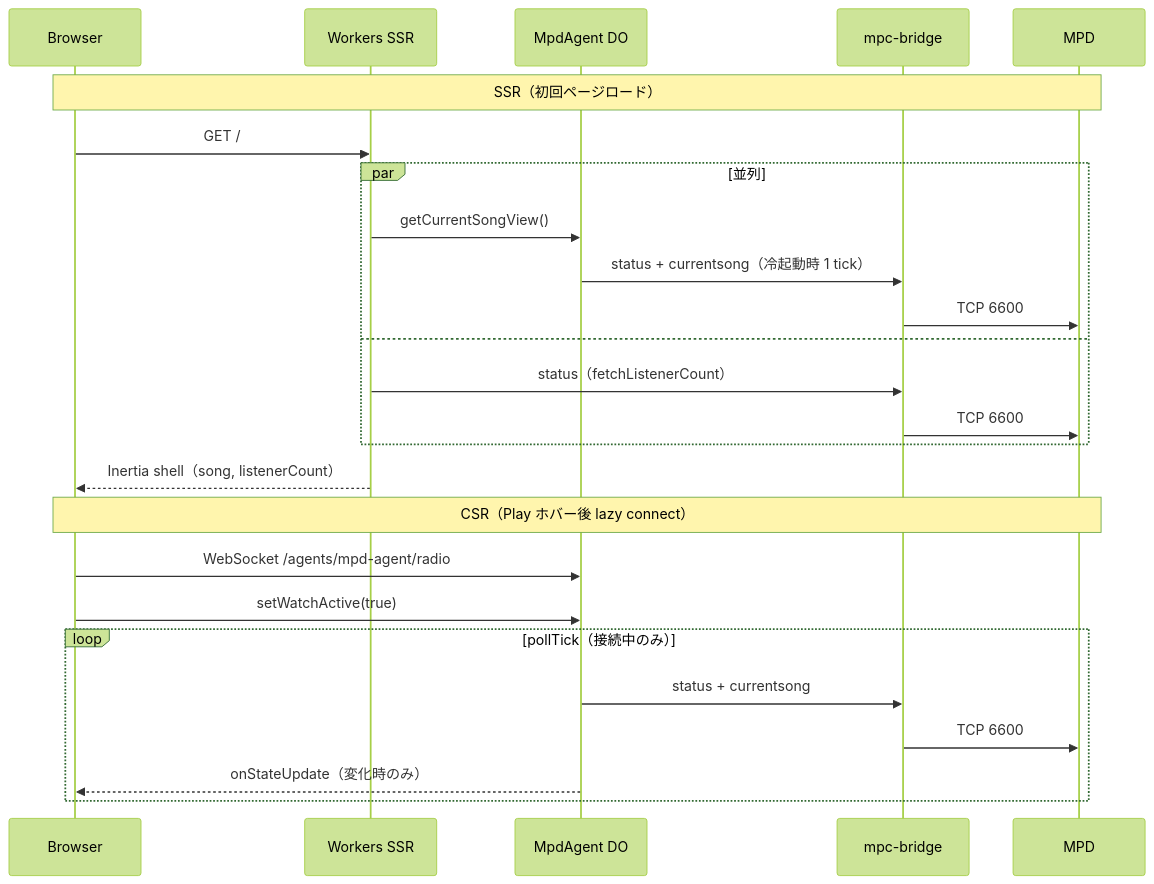
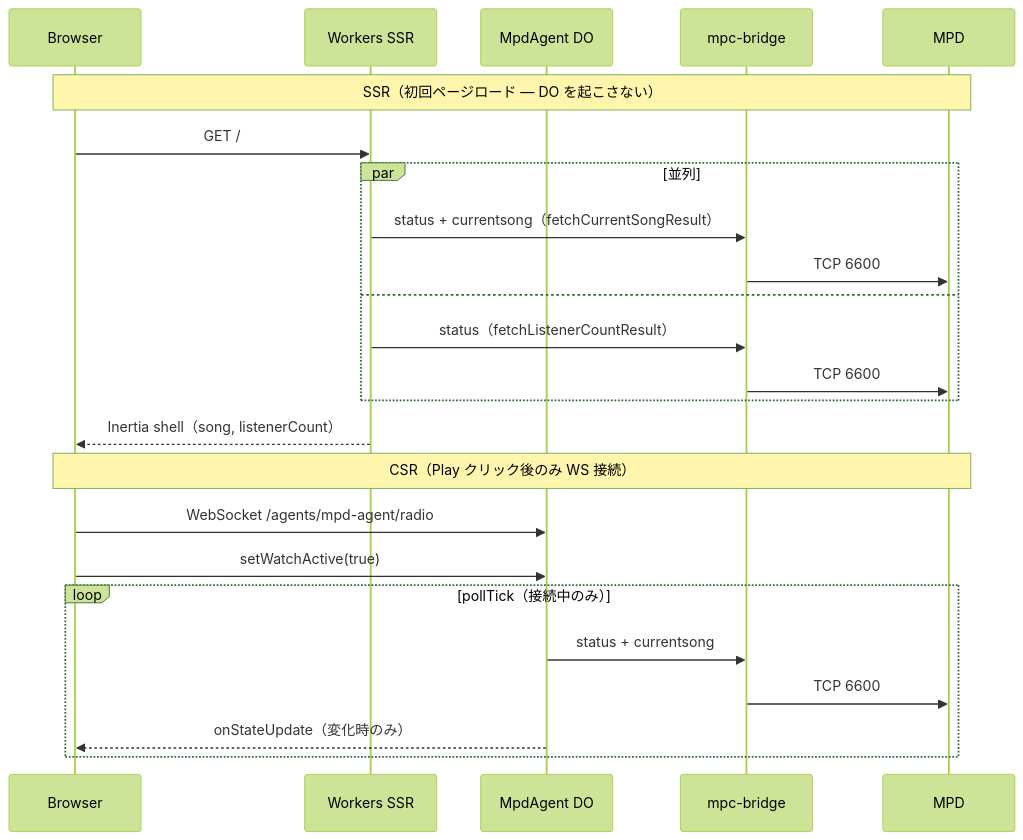
Before and after one commit to budybye/radio: the seventh of 8 diagrams in docs/diagrams.md, drawn with Mermaid (forest theme). The commit also changed 15 other files, not shown here.

````diff
--- a/docs/diagrams.md
+++ b/docs/diagrams.md
@@ -210,29 +210,28 @@
 ```mermaid
 sequenceDiagram
   participant Browser
   participant Worker as Workers SSR
   participant DO as MpdAgent DO
   participant Bridge as mpc-bridge
   participant MPD
 
-  Note over Browser,MPD: SSR（初回ページロード）
+  Note over Browser,MPD: SSR（初回ページロード — DO を起こさない）
   Browser->>Worker: GET /
   par 並列
-    Worker->>DO: getCurrentSongView()
-    DO->>Bridge: status + currentsong（冷起動時 1 tick）
+    Worker->>Bridge: status + currentsong（fetchCurrentSongResult）
     Bridge->>MPD: TCP 6600
   and
-    Worker->>Bridge: status（fetchListenerCount）
+    Worker->>Bridge: status（fetchListenerCountResult）
     Bridge->>MPD: TCP 6600
   end
   Worker-->>Browser: Inertia shell（song, listenerCount）
 
-  Note over Browser,MPD: CSR（Play ホバー後 lazy connect）
+  Note over Browser,MPD: CSR（Play クリック後のみ WS 接続）
   Browser->>DO: WebSocket /agents/mpd-agent/radio
   Browser->>DO: setWatchActive(true)
   loop pollTick（接続中のみ）
     DO->>Bridge: status + currentsong
     Bridge->>MPD: TCP 6600
     DO-->>Browser: onStateUpdate（変化時のみ）
   end
 ```
````
